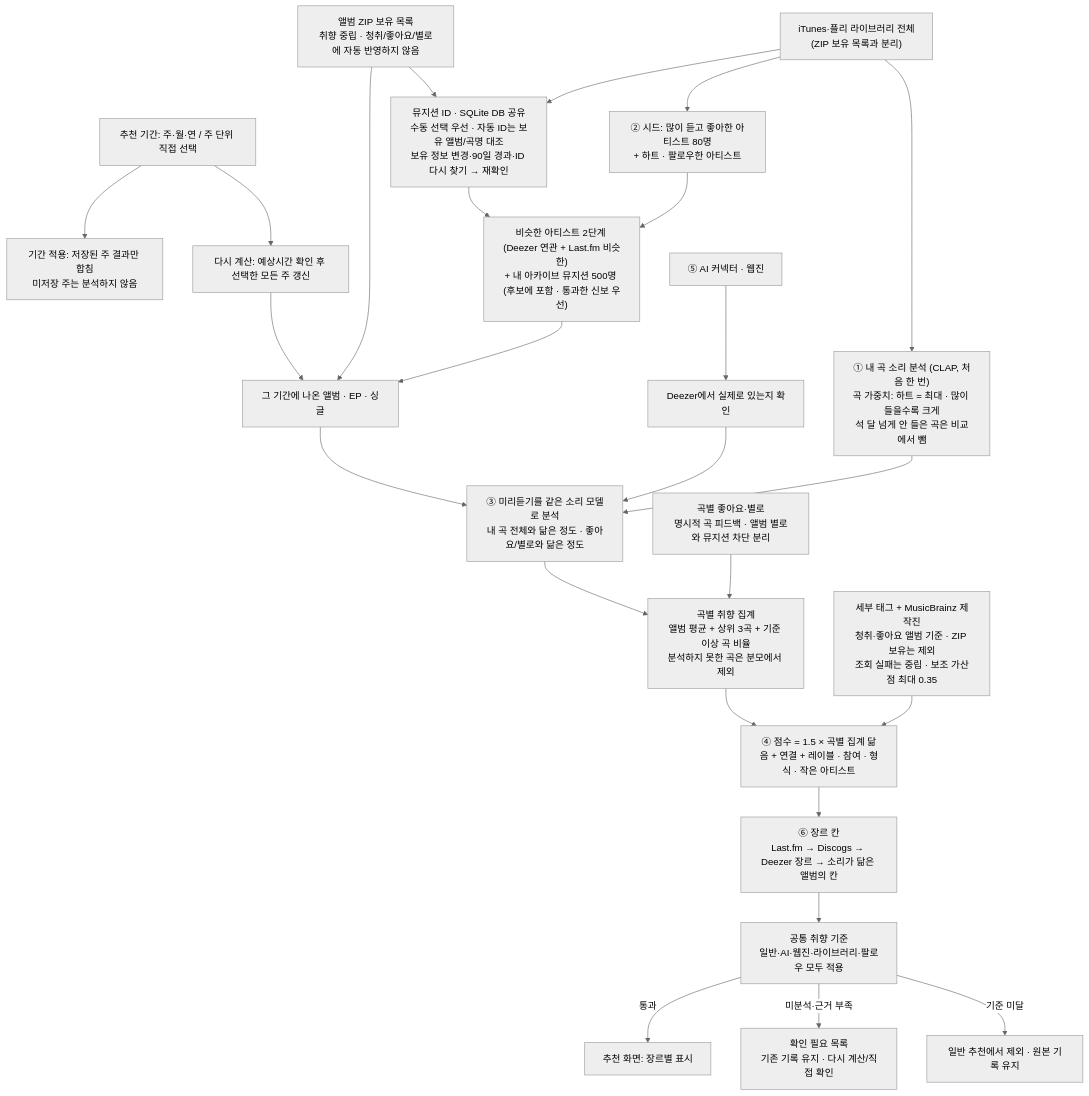
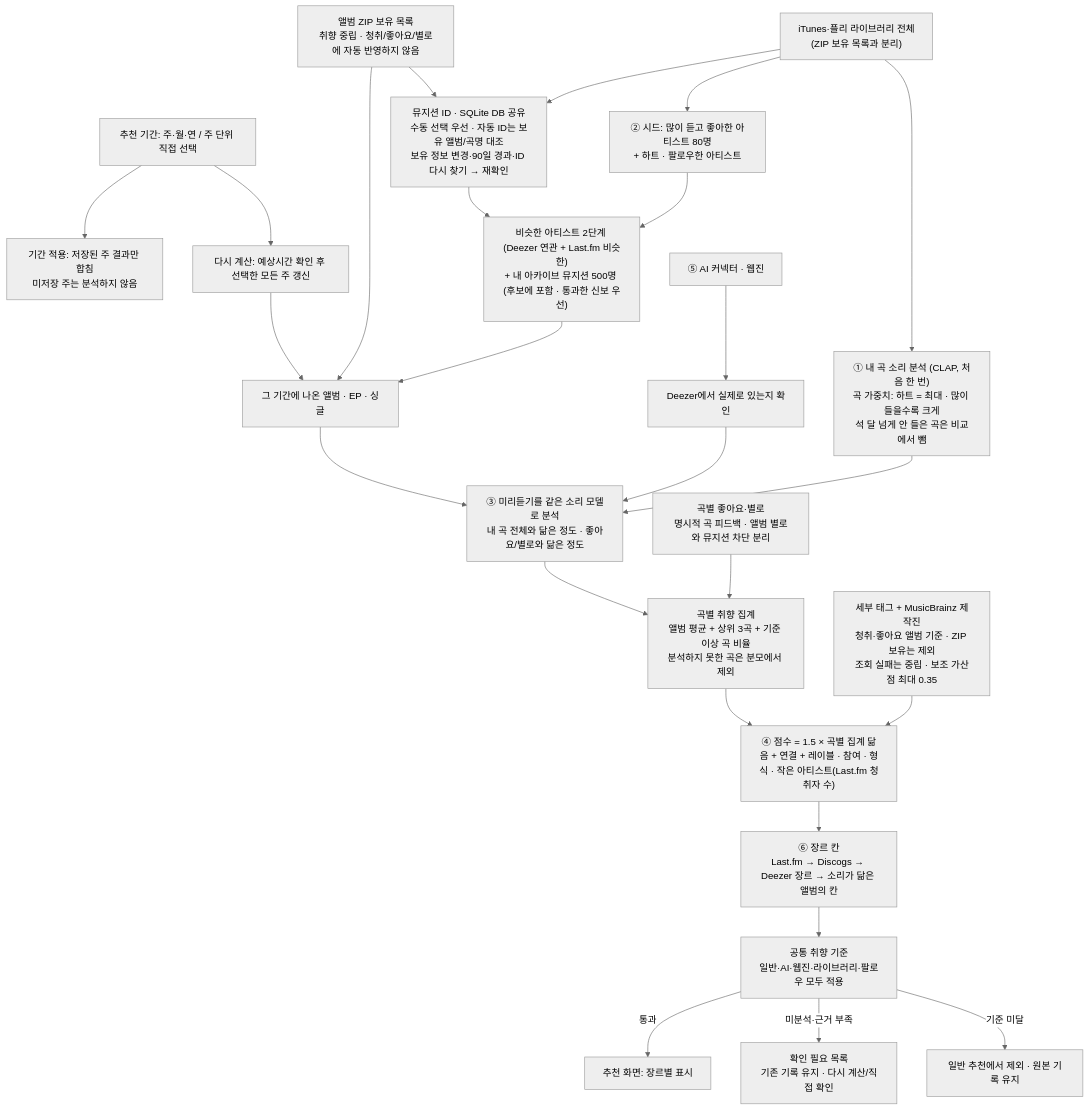
The diagram in docs/recommendation.md (plastiqvox/RecipeSong), drawn with Mermaid (neutral theme) before and after one commit. The commit also changed other lines of this file and 8 other files, not shown here.

First line of the commit message:
feat: 작은 아티스트 우대에 Last.fm 청취자 수 반영

````diff
--- a/docs/recommendation.md
+++ b/docs/recommendation.md
@@ -11,29 +11,29 @@
 ```mermaid
 flowchart TD
     period["추천 기간: 주·월·연 / 주 단위 직접 선택"] --> apply["기간 적용: 저장된 주 결과만 합침<br/>미저장 주는 분석하지 않음"]
     period --> recalc["다시 계산: 예상시간 확인 후 선택한 모든 주 갱신"]
     recalc --> rel
     lib["iTunes·플리 라이브러리 전체<br/>(ZIP 보유 목록과 분리)"]
     zip["앨범 ZIP 보유 목록<br/>취향 중립 · 청취/좋아요/별로에 자동 반영하지 않음"]
     zip --> ids
     zip --> rel
     lib --> emb["① 내 곡 소리 분석 (CLAP, 처음 한 번)<br/>곡 가중치: 하트 = 최대 · 많이 들을수록 크게<br/>석 달 넘게 안 들은 곡은 비교에서 뺌"]
     lib --> seed["② 시드: 많이 듣고 좋아한 아티스트 80명<br/>+ 하트 · 팔로우한 아티스트"]
     lib --> ids["뮤지션 ID · SQLite DB 공유<br/>수동 선택 우선 · 자동 ID는 보유 앨범/곡명 대조<br/>보유 정보 변경·90일 경과·ID 다시 찾기 → 재확인"]
     ids --> pool
     seed --> pool["비슷한 아티스트 2단계 (Deezer 연관 + Last.fm 비슷한)<br/>+ 내 아카이브 뮤지션 500명 (후보에 포함 · 통과한 신보 우선)"]
     pool --> rel["그 기간에 나온 앨범 · EP · 싱글"]
     ext["⑤ AI 커넥터 · 웹진"] --> dz["Deezer에서 실제로 있는지 확인"]
     rel --> listen["③ 미리듣기를 같은 소리 모델로 분석<br/>내 곡 전체와 닮은 정도 · 좋아요/별로와 닮은 정도"]
     dz --> listen
     emb --> listen
     listen --> tracks["곡별 취향 집계<br/>앨범 평균 + 상위 3곡 + 기준 이상 곡 비율<br/>분석하지 못한 곡은 분모에서 제외"]
-    tracks --> score["④ 점수 = 1.5 × 곡별 집계 닮음 + 연결 + 레이블 · 참여 · 형식 · 작은 아티스트"]
+    tracks --> score["④ 점수 = 1.5 × 곡별 집계 닮음 + 연결 + 레이블 · 참여 · 형식 · 작은 아티스트(Last.fm 청취자 수)"]
     metadata["세부 태그 + MusicBrainz 제작진<br/>청취·좋아요 앨범 기준 · ZIP 보유는 제외<br/>조회 실패는 중립 · 보조 가산점 최대 0.35"] --> score
     score --> group["⑥ 장르 칸<br/>Last.fm → Discogs → Deezer 장르 → 소리가 닮은 앨범의 칸"]
     feedback["곡별 좋아요·별로<br/>명시적 곡 피드백 · 앨범 별로와 뮤지션 차단 분리"] --> tracks
     group --> gate["공통 취향 기준<br/>일반·AI·웹진·라이브러리·팔로우 모두 적용"]
     gate -->|통과|show["추천 화면: 장르별 표시"]
     gate -->|미분석·근거 부족|review["확인 필요 목록<br/>기존 기록 유지 · 다시 계산/직접 확인"]
     gate -->|기준 미달|hidden["일반 추천에서 제외 · 원본 기록 유지"]
 ```
````
